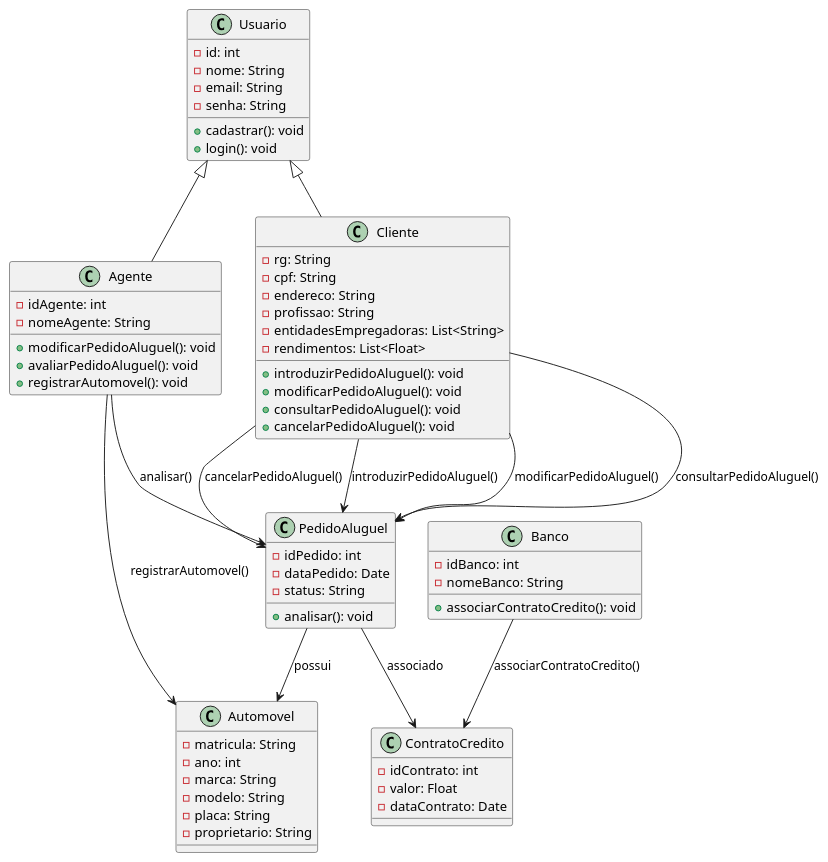
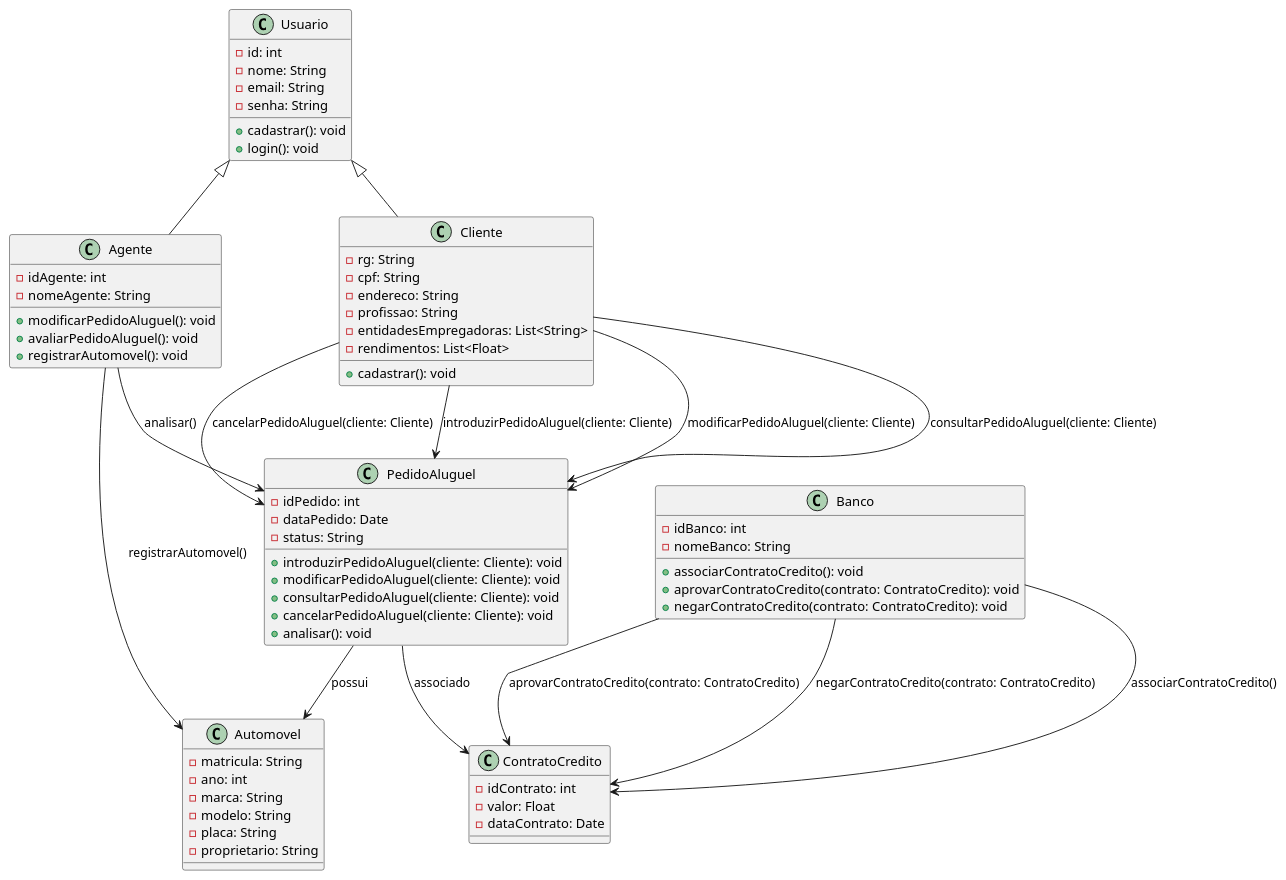
Before and after one commit to PedroRamos98/Aluguel-De-Carros: the diagram in project/code/DiagramaDeClasse.puml, drawn with PlantUML. The commit also changed 1 other file, not shown here.

Commit message:
Refactor Diagramas de Caso de Uso e Diagrama de Classe

```diff
--- a/project/code/DiagramaDeClasse.puml
+++ b/project/code/DiagramaDeClasse.puml
@@ -1,74 +1,80 @@
 @startuml
 
 ' Define classes
 class Usuario {
   -id: int
   -nome: String
   -email: String
   -senha: String
   +cadastrar(): void
   +login(): void
 }
 
 class Cliente {
   -rg: String
   -cpf: String
   -endereco: String
   -profissao: String
   -entidadesEmpregadoras: List<String>
   -rendimentos: List<Float>
-  +introduzirPedidoAluguel(): void
-  +modificarPedidoAluguel(): void
-  +consultarPedidoAluguel(): void
-  +cancelarPedidoAluguel(): void
+
+  +cadastrar(): void
 }
 
 class Agente {
   -idAgente: int
   -nomeAgente: String
   +modificarPedidoAluguel(): void
   +avaliarPedidoAluguel(): void
   +registrarAutomovel(): void
 }
 
 class Banco {
   -idBanco: int
   -nomeBanco: String
   +associarContratoCredito(): void
+  +aprovarContratoCredito(contrato: ContratoCredito): void
+  +negarContratoCredito(contrato: ContratoCredito): void
 }
 
 class PedidoAluguel {
   -idPedido: int
   -dataPedido: Date
   -status: String
+  +introduzirPedidoAluguel(cliente: Cliente): void
+    +modificarPedidoAluguel(cliente: Cliente): void
+    +consultarPedidoAluguel(cliente: Cliente): void
+    +cancelarPedidoAluguel(cliente: Cliente): void
   +analisar(): void
 }
 
 class Automovel {
   -matricula: String
   -ano: int
   -marca: String
   -modelo: String
   -placa: String
   -proprietario: String
 }
 
 class ContratoCredito {
   -idContrato: int
   -valor: Float
   -dataContrato: Date
 }
 
 Usuario <|-- Cliente
 Usuario <|-- Agente
 Agente --> PedidoAluguel : analisar()
-Cliente --> PedidoAluguel : introduzirPedidoAluguel()
-Cliente --> PedidoAluguel : modificarPedidoAluguel()
-Cliente --> PedidoAluguel : consultarPedidoAluguel()
-Cliente --> PedidoAluguel : cancelarPedidoAluguel()
+Cliente --> PedidoAluguel : introduzirPedidoAluguel(cliente: Cliente)
+Cliente --> PedidoAluguel : modificarPedidoAluguel(cliente: Cliente)
+Cliente --> PedidoAluguel : consultarPedidoAluguel(cliente: Cliente)
+Cliente --> PedidoAluguel : cancelarPedidoAluguel(cliente: Cliente)
 Agente --> Automovel : registrarAutomovel()
 Banco --> ContratoCredito : associarContratoCredito()
+Banco --> ContratoCredito : aprovarContratoCredito(contrato: ContratoCredito)
+Banco --> ContratoCredito : negarContratoCredito(contrato: ContratoCredito)
 PedidoAluguel --> Automovel : possui
 PedidoAluguel --> ContratoCredito : associado
 
 @enduml
```
